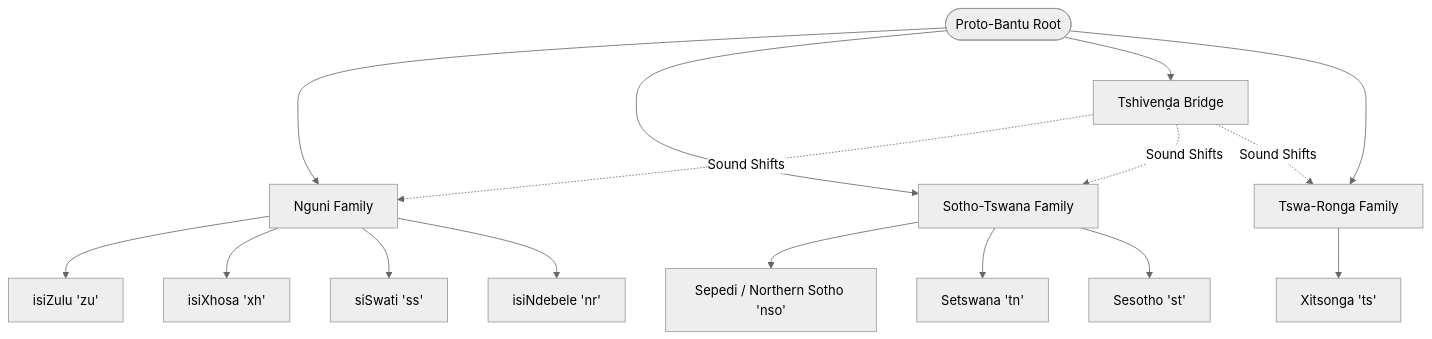
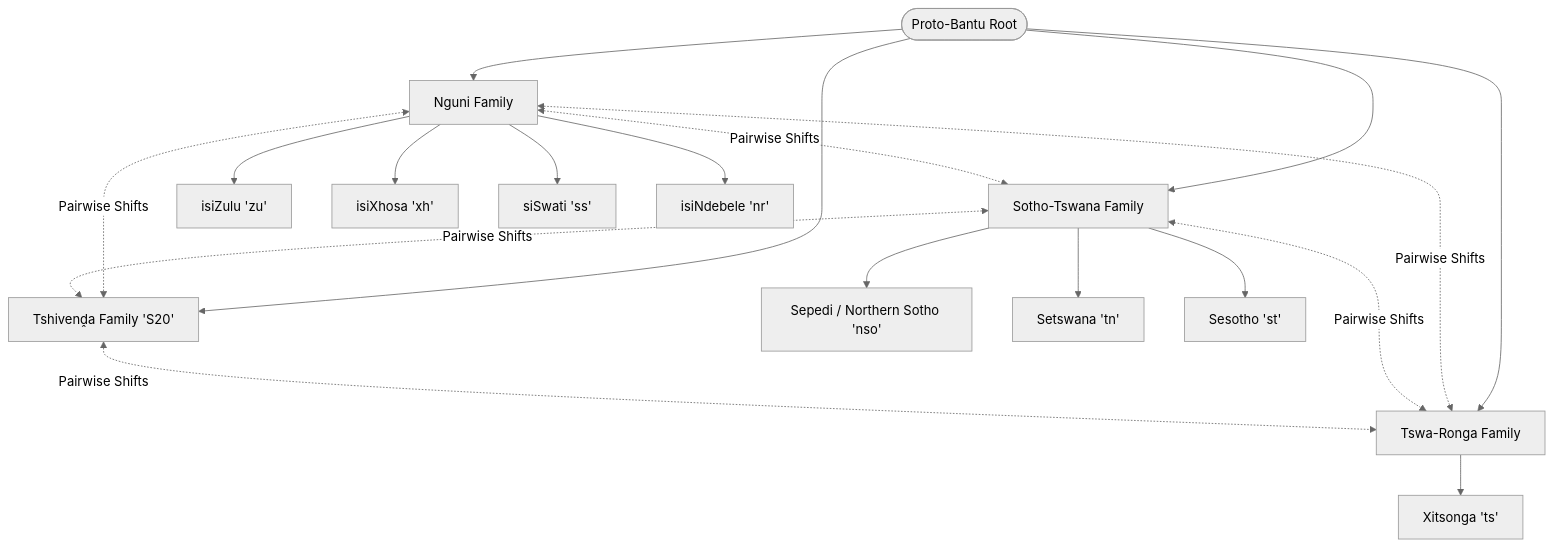
One commit to Ndugelo-Code/vhunambi changed the first of 2 diagrams in docs/bantu_intelligence_suite/02_BANTU_LINGUISTIC_PHONOLOGY_AND_COGNATE_DEEP_DIVE.md. Above: the diagram before and after it, drawn with Mermaid (neutral theme). The commit also changed other lines of this file and 32 other files, not shown here.

````diff
--- a/docs/bantu_intelligence_suite/02_BANTU_LINGUISTIC_PHONOLOGY_AND_COGNATE_DEEP_DIVE.md
+++ b/docs/bantu_intelligence_suite/02_BANTU_LINGUISTIC_PHONOLOGY_AND_COGNATE_DEEP_DIVE.md
@@ -21,22 +21,25 @@
 ```mermaid
 graph TD
     PB([Proto-Bantu Root]) --> Nguni[Nguni Family]
     PB --> Sotho[Sotho-Tswana Family]
-    PB --> Venda[Tshivenḓa Bridge]
+    PB --> Venda[Tshivenḓa Family 'S20']
     PB --> Tswa[Tswa-Ronga Family]
 
     Nguni --> Zulu[isiZulu 'zu']
     Nguni --> Xhosa[isiXhosa 'xh']
     Nguni --> Swati[siSwati 'ss']
     Nguni --> Ndebele[isiNdebele 'nr']
 
     Sotho --> Pedi[Sepedi / Northern Sotho 'nso']
     Sotho --> Tswana[Setswana 'tn']
     Sotho --> SouthernSotho[Sesotho 'st']
 
     Tswa --> Tsonga[Xitsonga 'ts']
 
-    Venda -.->|Sound Shifts| Nguni
-    Venda -.->|Sound Shifts| Sotho
-    Venda -.->|Sound Shifts| Tswa
+    Nguni <-.->|Pairwise Shifts| Sotho
+    Nguni <-.->|Pairwise Shifts| Venda
+    Nguni <-.->|Pairwise Shifts| Tswa
+    Sotho <-.->|Pairwise Shifts| Venda
+    Sotho <-.->|Pairwise Shifts| Tswa
+    Venda <-.->|Pairwise Shifts| Tswa
 ```
````
